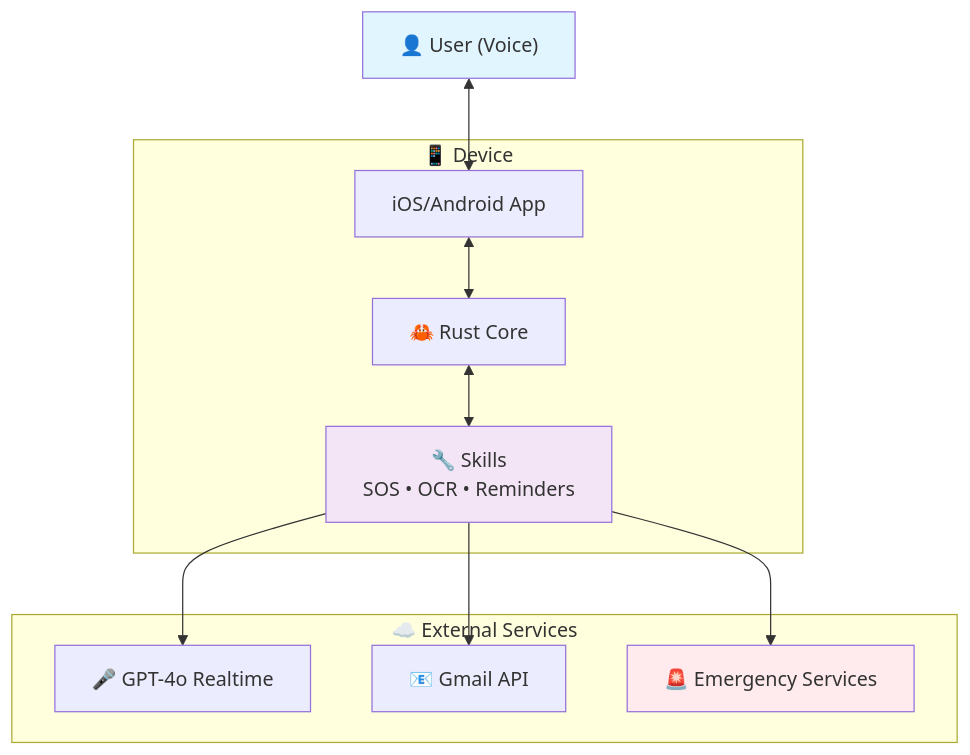
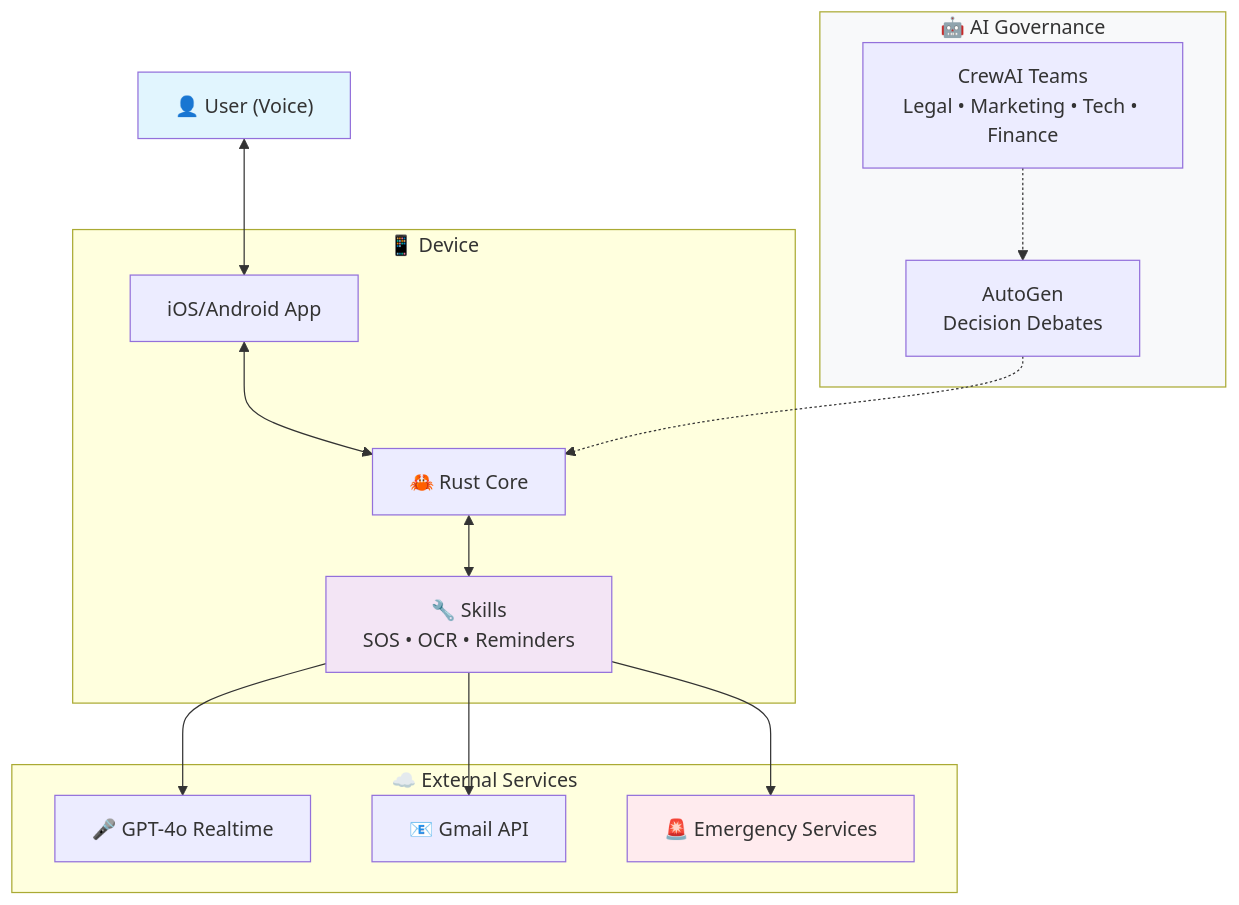
The diagram in README.md (luna-assistant-ai/luna-assistant-ai-core), drawn with Mermaid before and after one commit. The commit also changed other lines of this file, not shown here.

````diff
--- a/README.md
+++ b/README.md
@@ -107,27 +111,35 @@
 ```mermaid
 flowchart TD
     User["👤 User (Voice)"]
 
     subgraph Device["📱 Device"]
         App["iOS/Android App"]
         Core["🦀 Rust Core"]
         Skills["🔧 Skills\nSOS • OCR • Reminders"]
     end
 
     subgraph Services["☁️ External Services"]
         GPT["🎤 GPT-4o Realtime"]
         Gmail["📧 Gmail API"]
         Emergency["🚨 Emergency Services"]
     end
 
+    subgraph Governance["🤖 AI Governance"]
+        CrewAI["CrewAI Teams\nLegal • Marketing • Tech • Finance"]
+        AutoGen["AutoGen\nDecision Debates"]
+    end
+
     User <--> App
     App <--> Core
     Core <--> Skills
     Skills --> GPT
     Skills --> Gmail
     Skills --> Emergency
+    CrewAI -.-> AutoGen
+    AutoGen -.-> Core
 
     style User fill:#e1f5fe
     style Skills fill:#f3e5f5
     style Emergency fill:#ffebee
+    style Governance fill:#f8f9fa
 ```
````
